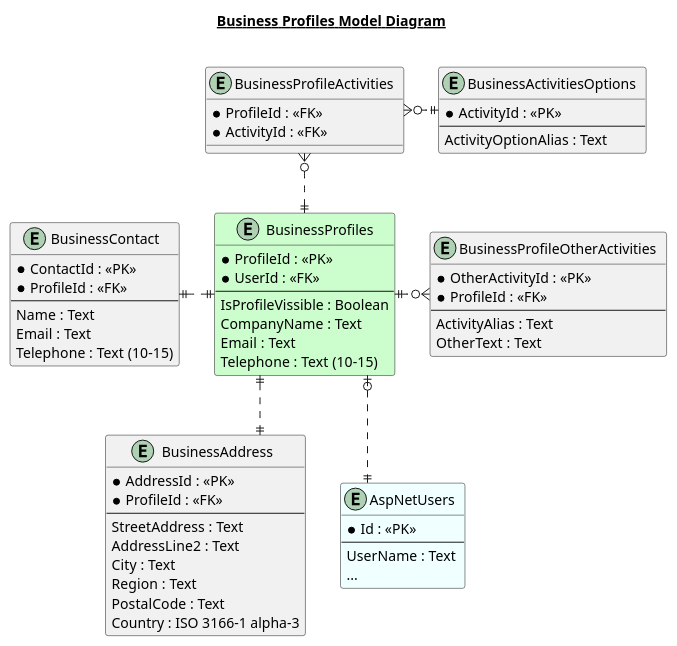
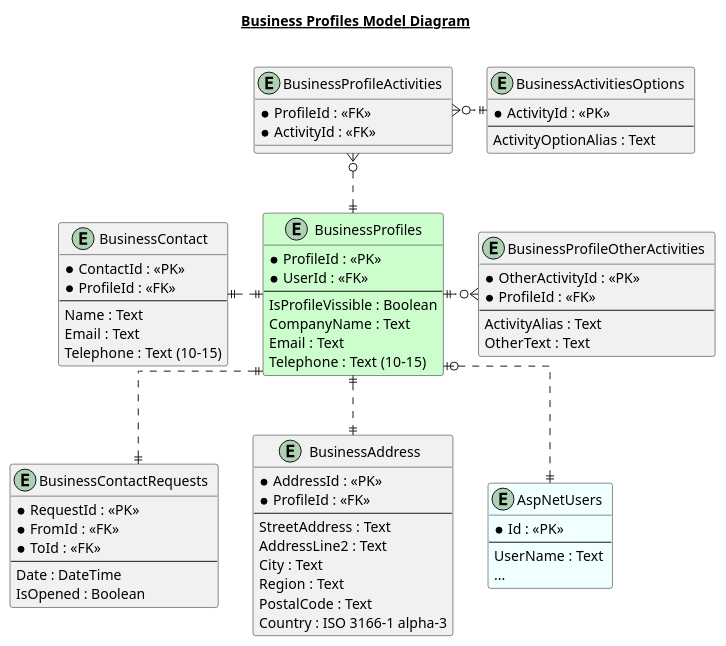
The diagram in Documentation/Business Profiles Model Diagram.md (clytras/CB-WebApp), drawn with PlantUML before and after one commit. The commit also changed 3 other files, not shown here.

```diff
--- a/Documentation/Business Profiles Model Diagram.md
+++ b/Documentation/Business Profiles Model Diagram.md
@@ -33,6 +33,15 @@
   Name : Text
   Email : Text
   Telephone : Text (10-15)
+}
+
+entity "BusinessContactRequests  " as bcr {
+  * RequestId : <<PK>>
+  * FromId : <<FK>>
+  * ToId : <<FK>>
+  --
+  Date : DateTime
+  IsOpened : Boolean
 }
 
 entity "BusinessAddress  " as ba {
@@ -72,6 +81,7 @@
 bpa }o..|| bp
 bc ||.|| bp
 bp ||.o{ bpoa
+bp ||..|| bcr
 bp ||..|| ba
 bp |o..|| anu
 
```
